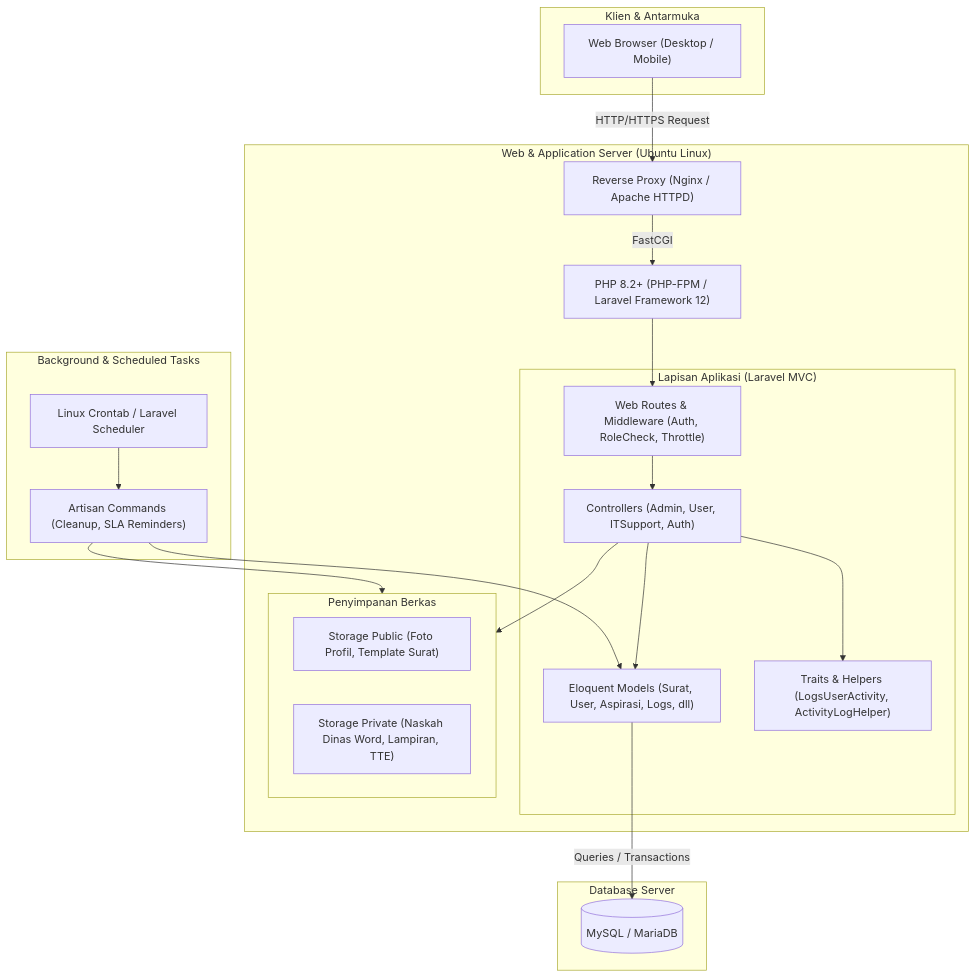
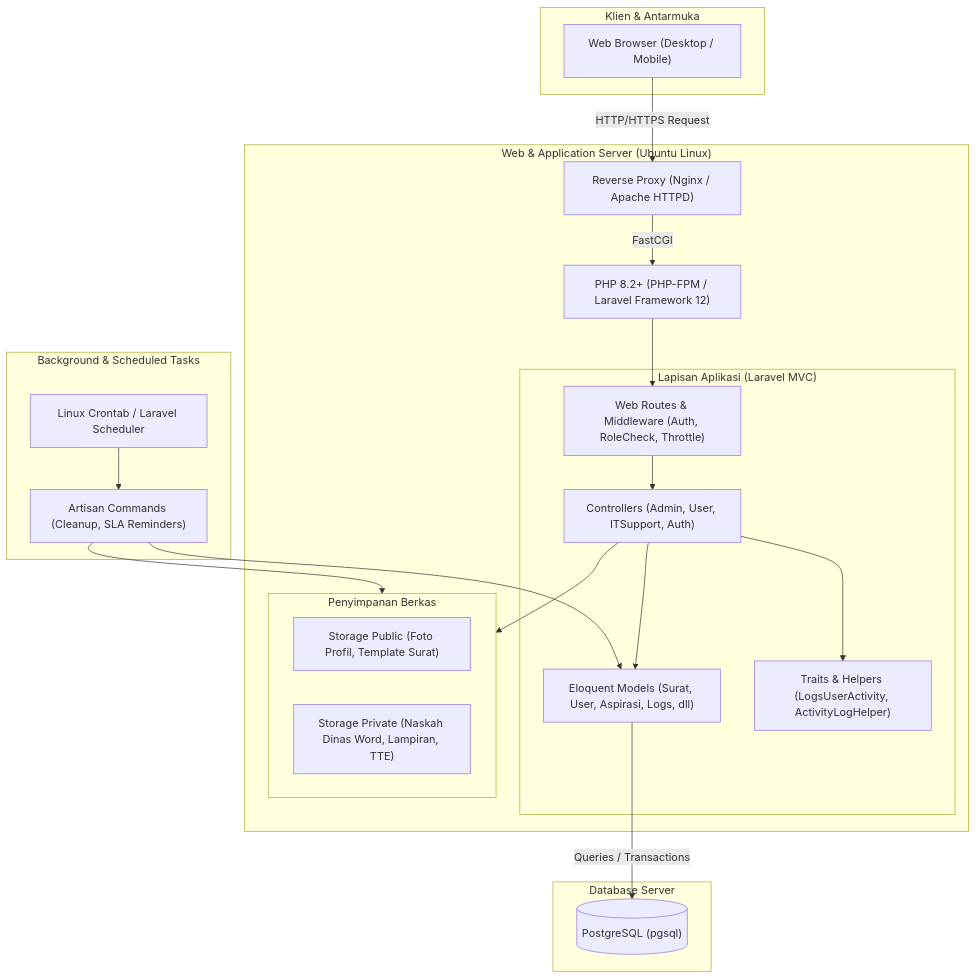
Before and after one commit to Ye-Shaiyoe/Dashboard_Balai_Pengelolaan_SUML: the diagram in docs/01-arsitektur-dan-teknologi.md, drawn with Mermaid. The commit also changed other lines of this file and 3 other files, not shown here.

Commit message:
docs: tambahkan dokumentasi lengkap arsitektur, alur persuratan, skema erd, dan panduan deployment

````diff
--- a/docs/01-arsitektur-dan-teknologi.md
+++ b/docs/01-arsitektur-dan-teknologi.md
@@ -12,44 +12,44 @@
 ```mermaid
 flowchart TD
     subgraph Klien["Klien & Antarmuka"]
         Browser["Web Browser (Desktop / Mobile)"]
     end
 
     subgraph Server["Web & Application Server (Ubuntu Linux)"]
         WebSrv["Reverse Proxy (Nginx / Apache HTTPD)"]
         PHP["PHP 8.2+ (PHP-FPM / Laravel Framework 12)"]
         
         subgraph AppLayer["Lapisan Aplikasi (Laravel MVC)"]
             Router["Web Routes & Middleware (Auth, RoleCheck, Throttle)"]
             Controllers["Controllers (Admin, User, ITSupport, Auth)"]
             TraitsHelper["Traits & Helpers (LogsUserActivity, ActivityLogHelper)"]
             Models["Eloquent Models (Surat, User, Aspirasi, Logs, dll)"]
         end
         
         subgraph StorageLayer["Penyimpanan Berkas"]
             DiskPublic["Storage Public (Foto Profil, Template Surat)"]
             DiskPrivate["Storage Private (Naskah Dinas Word, Lampiran, TTE)"]
         end
     end
 
     subgraph Database["Database Server"]
-        MySQL[("MySQL / MariaDB")]
+        PostgreSQL[("PostgreSQL (pgsql)")]
     end
 
     subgraph BackgroundJob["Background & Scheduled Tasks"]
         Cron["Linux Crontab / Laravel Scheduler"]
         Worker["Artisan Commands (Cleanup, SLA Reminders)"]
     end
 
     Browser -->|HTTP/HTTPS Request| WebSrv
     WebSrv -->|FastCGI| PHP
     PHP --> Router
     Router --> Controllers
     Controllers --> TraitsHelper
     Controllers --> Models
     Controllers --> StorageLayer
-    Models -->|Queries / Transactions| MySQL
+    Models -->|Queries / Transactions| PostgreSQL
     Cron --> Worker
     Worker --> Models
     Worker --> StorageLayer
 ```
````
